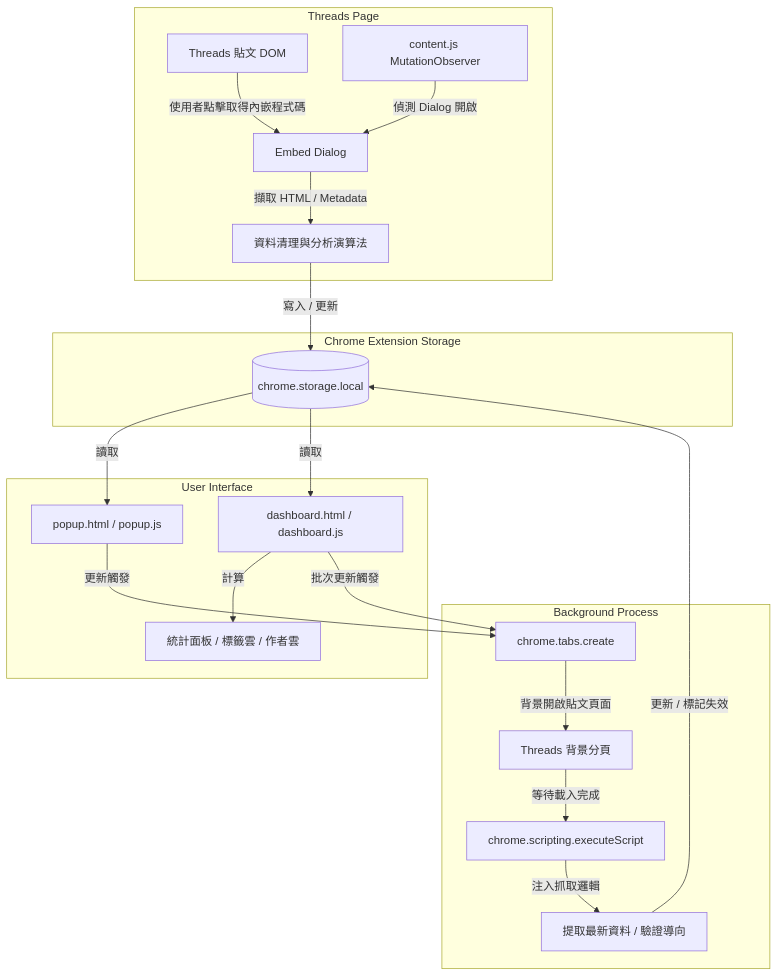
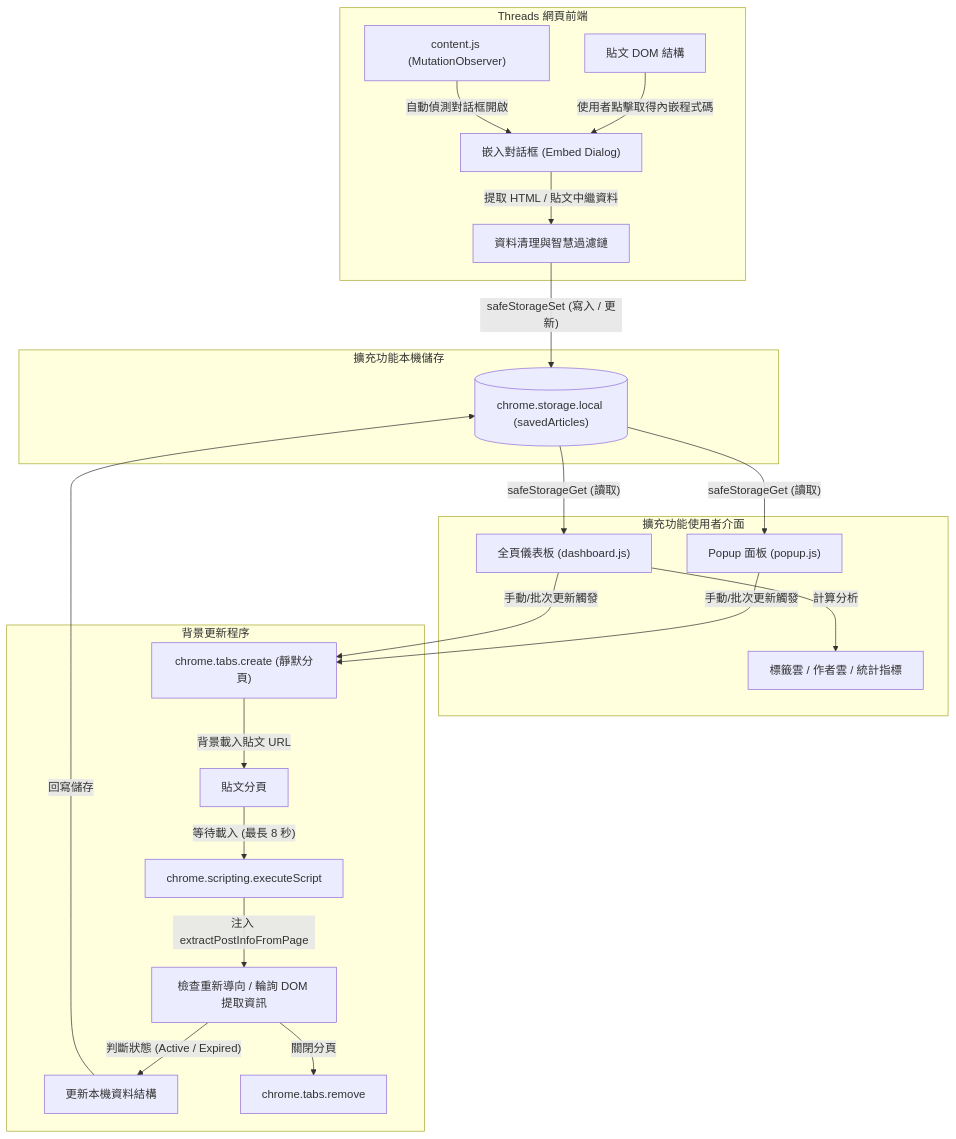
The diagram in README.md (Scorpio-meow/Threads-embedded-code), drawn with Mermaid before and after one commit. The commit also changed other lines of this file, not shown here.

````diff
--- a/README.md
+++ b/README.md
@@ -206,27 +146,29 @@
 ```mermaid
 flowchart TD
-    subgraph Threads Page
-        A["Threads 貼文 DOM"] -->|"使用者點擊取得內嵌程式碼"| B["Embed Dialog"]
-        C["content.js MutationObserver"] -->|"偵測 Dialog 開啟"| B
-        B -->|"擷取 HTML / Metadata"| D["資料清理與分析演算法"]
+    subgraph ThreadsPage["Threads 網頁前端"]
+        A["貼文 DOM 結構"] -->|"使用者點擊取得內嵌程式碼"| B["嵌入對話框 (Embed Dialog)"]
+        C["content.js (MutationObserver)"] -->|"自動偵測對話框開啟"| B
+        B -->|"提取 HTML / 貼文中繼資料"| D["資料清理與智慧過濾鏈"]
     end
 
-    subgraph Chrome Extension Storage
-        D -->|"寫入 / 更新"| E[("chrome.storage.local")]
+    subgraph Storage["擴充功能本機儲存"]
+        D -->|"safeStorageSet (寫入 / 更新)"| E[("chrome.storage.local (savedArticles)")]
     end
 
-    subgraph User Interface
-        E -->|"讀取"| F["popup.html / popup.js"]
-        E -->|"讀取"| G["dashboard.html / dashboard.js"]
-        G -->|"計算"| G1["統計面板 / 標籤雲 / 作者雲"]
+    subgraph UserInterface["擴充功能使用者介面"]
+        E -->|"safeStorageGet (讀取)"| F["Popup 面板 (popup.js)"]
+        E -->|"safeStorageGet (讀取)"| G["全頁儀表板 (dashboard.js)"]
+        G -->|"計算分析"| G1["標籤雲 / 作者雲 / 統計指標"]
     end
 
-    subgraph Background Process
-        F -->|"更新觸發"| H["chrome.tabs.create"]
-        G -->|"批次更新觸發"| H
-        H -->|"背景開啟貼文頁面"| I["Threads 背景分頁"]
-        I -->|"等待載入完成"| J["chrome.scripting.executeScript"]
-        J -->|"注入抓取邏輯"| K["提取最新資料 / 驗證導向"]
-        K -->|"更新 / 標記失效"| E
+    subgraph BackgroundProcess["背景更新程序"]
+        F -->|"手動/批次更新觸發"| H["chrome.tabs.create (靜默分頁)"]
+        G -->|"手動/批次更新觸發"| H
+        H -->|"背景載入貼文 URL"| I["貼文分頁"]
+        I -->|"等待載入 (最長 8 秒)"| J["chrome.scripting.executeScript"]
+        J -->|"注入 extractPostInfoFromPage"| K["檢查重新導向 / 輪詢 DOM 提取資訊"]
+        K -->|"判斷狀態 (Active / Expired)"| L["更新本機資料結構"]
+        L -->|"回寫儲存"| E
+        K -->|"關閉分頁"| M["chrome.tabs.remove"]
     end
 ```
````
